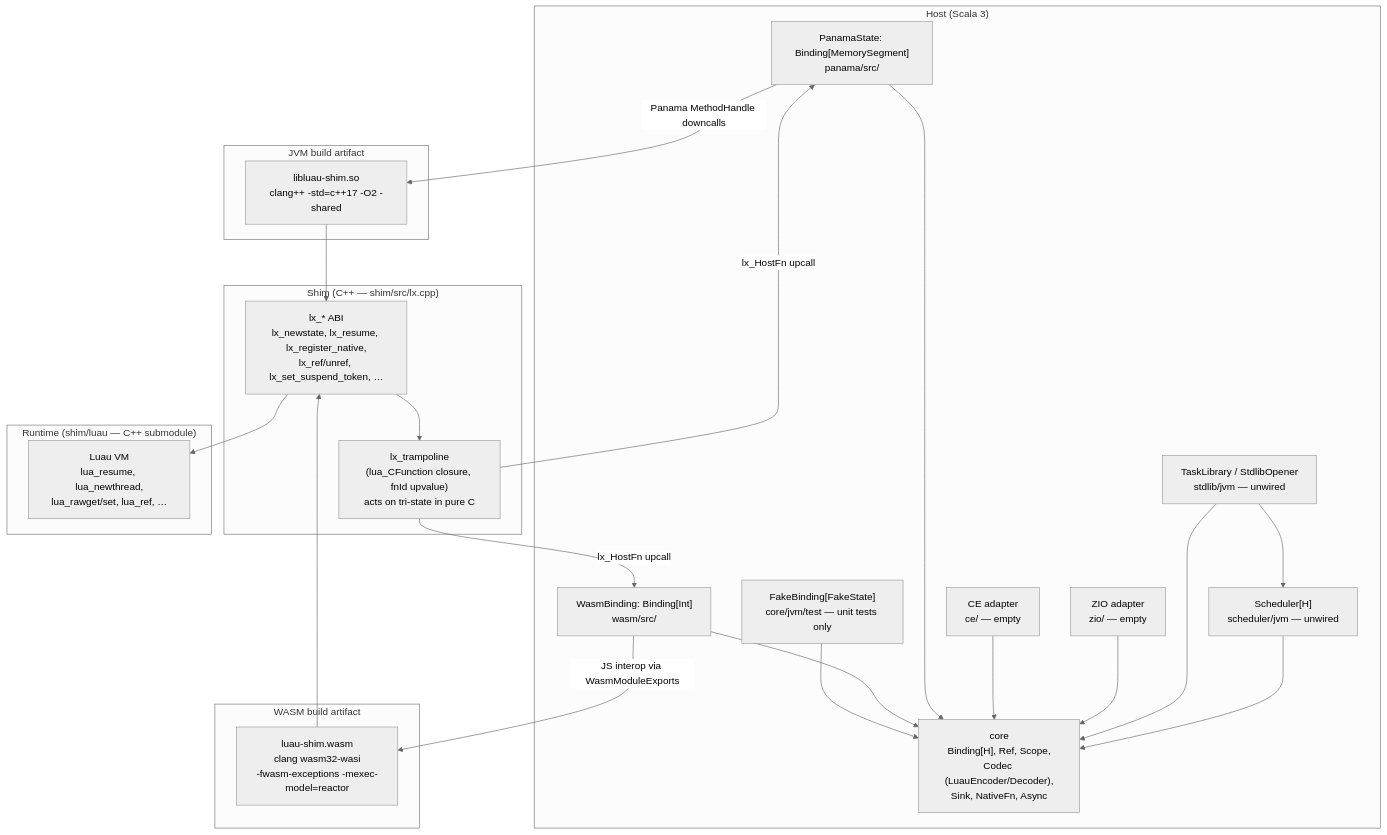
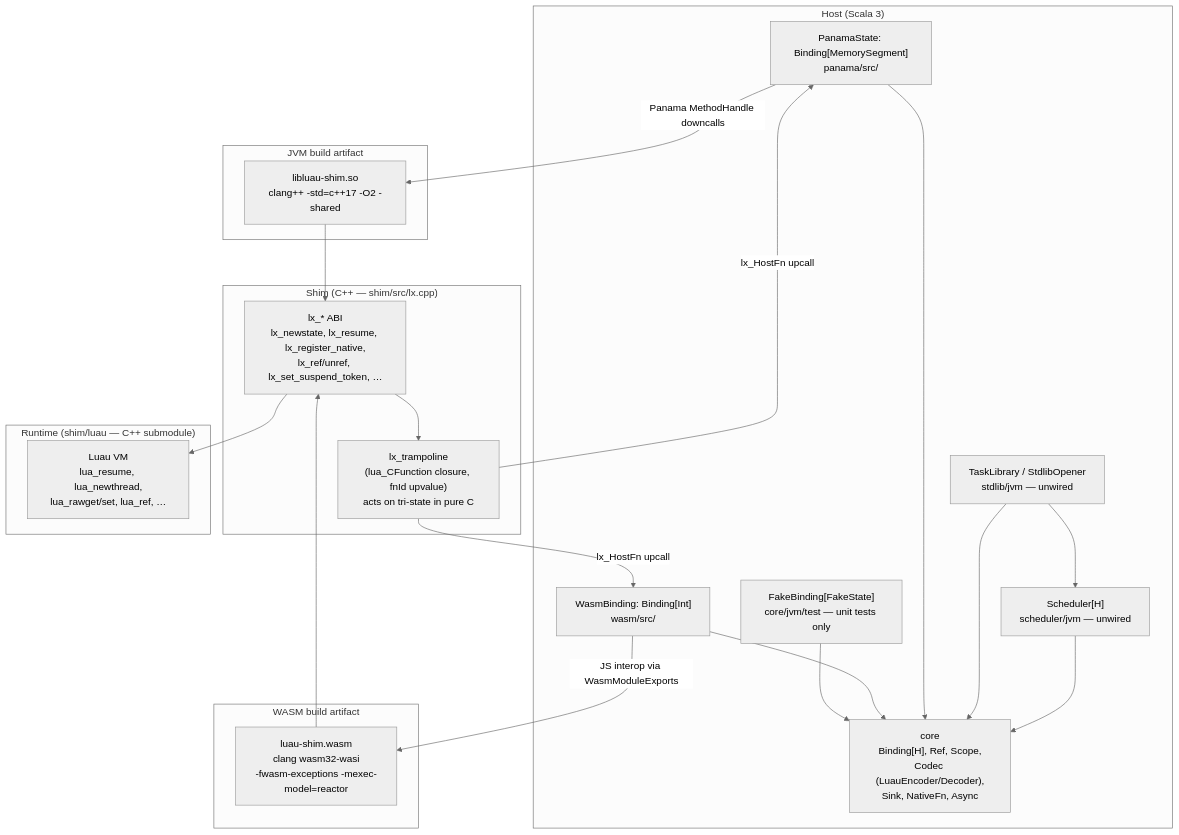
Before and after one commit to HollandDM/luau-scala: the diagram in docs/architecture/overview.md, drawn with Mermaid (neutral theme). The commit also changed other lines of this file and 19 other files, not shown here.

````diff
--- a/docs/architecture/overview.md
+++ b/docs/architecture/overview.md
@@ -37,47 +35,43 @@
 ```mermaid
 graph TD
     subgraph Host["Host (Scala 3)"]
         SCHED["Scheduler[H]\nscheduler/jvm — unwired"]
         STDLIB["TaskLibrary / StdlibOpener\nstdlib/jvm — unwired"]
-        ZIO["ZIO adapter\nzio/ — empty"]
-        CE["CE adapter\nce/ — empty"]
         CORE["core\nBinding[H], Ref, Scope,\nCodec (LuauEncoder/Decoder),\nSink, NativeFn, Async"]
         FAKE["FakeBinding[FakeState]\ncore/jvm/test — unit tests only"]
         PANAMA["PanamaState: Binding[MemorySegment]\npanama/src/"]
         WASM["WasmBinding: Binding[Int]\nwasm/src/"]
         SCHED --> CORE
         STDLIB --> SCHED
         STDLIB --> CORE
-        ZIO --> CORE
-        CE --> CORE
         PANAMA --> CORE
         WASM --> CORE
         FAKE --> CORE
     end
 
     subgraph Shim["Shim (C++ — shim/src/lx.cpp)"]
         LX["lx_* ABI\nlx_newstate, lx_resume, lx_register_native,\nlx_ref/unref, lx_set_suspend_token, …"]
         TRAMP["lx_trampoline\n(lua_CFunction closure, fnId upvalue)\nacts on tri-state in pure C"]
         LX --> TRAMP
     end
 
     subgraph Runtime["Runtime (shim/luau — C++ submodule)"]
         LUAU["Luau VM\nlua_resume, lua_newthread,\nlua_rawget/set, lua_ref, …"]
     end
 
     subgraph NativeBuild["JVM build artifact"]
         SO["libluau-shim.so\nclang++ -std=c++17 -O2 -shared"]
     end
 
     subgraph WasmBuild["WASM build artifact"]
         WASM_BIN["luau-shim.wasm\nclang wasm32-wasi\n-fwasm-exceptions -mexec-model=reactor"]
     end
 
     PANAMA -- "Panama MethodHandle downcalls" --> SO
     SO --> LX
     WASM -- "JS interop via WasmModuleExports" --> WASM_BIN
     WASM_BIN --> LX
     LX --> LUAU
     TRAMP -- "lx_HostFn upcall" --> PANAMA
     TRAMP -- "lx_HostFn upcall" --> WASM
 ```
````
